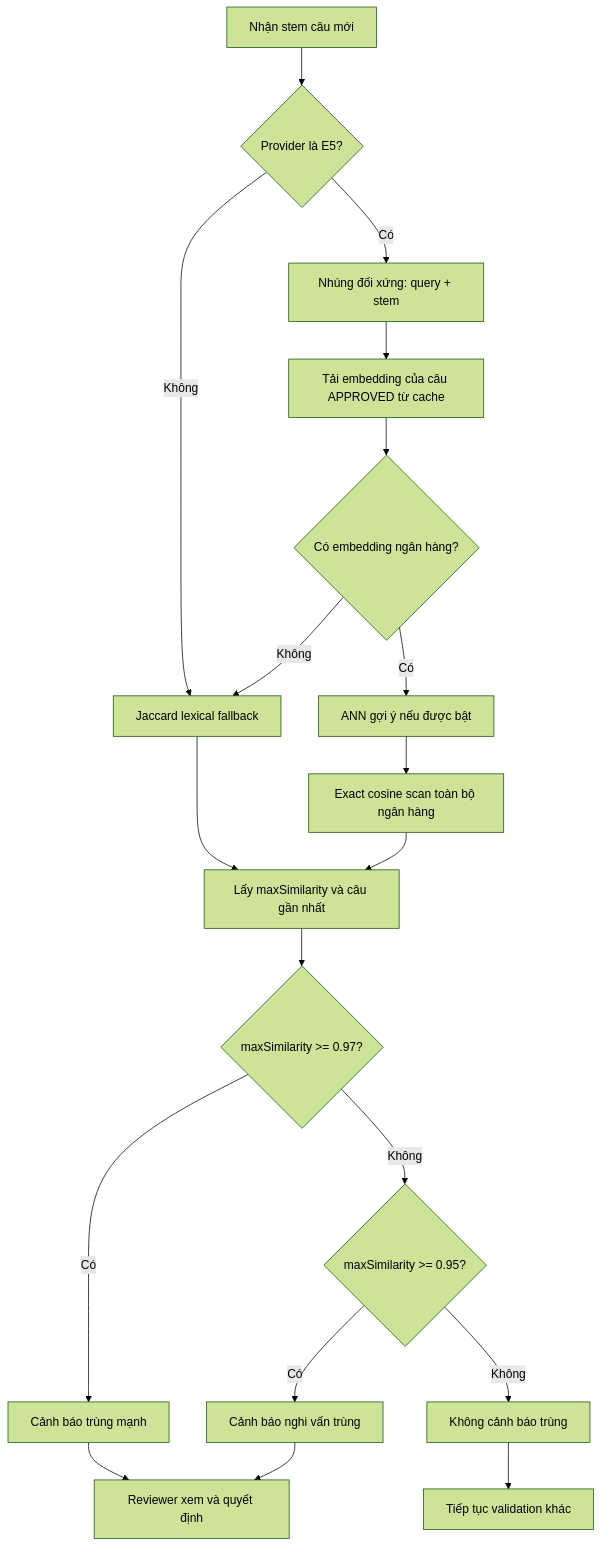
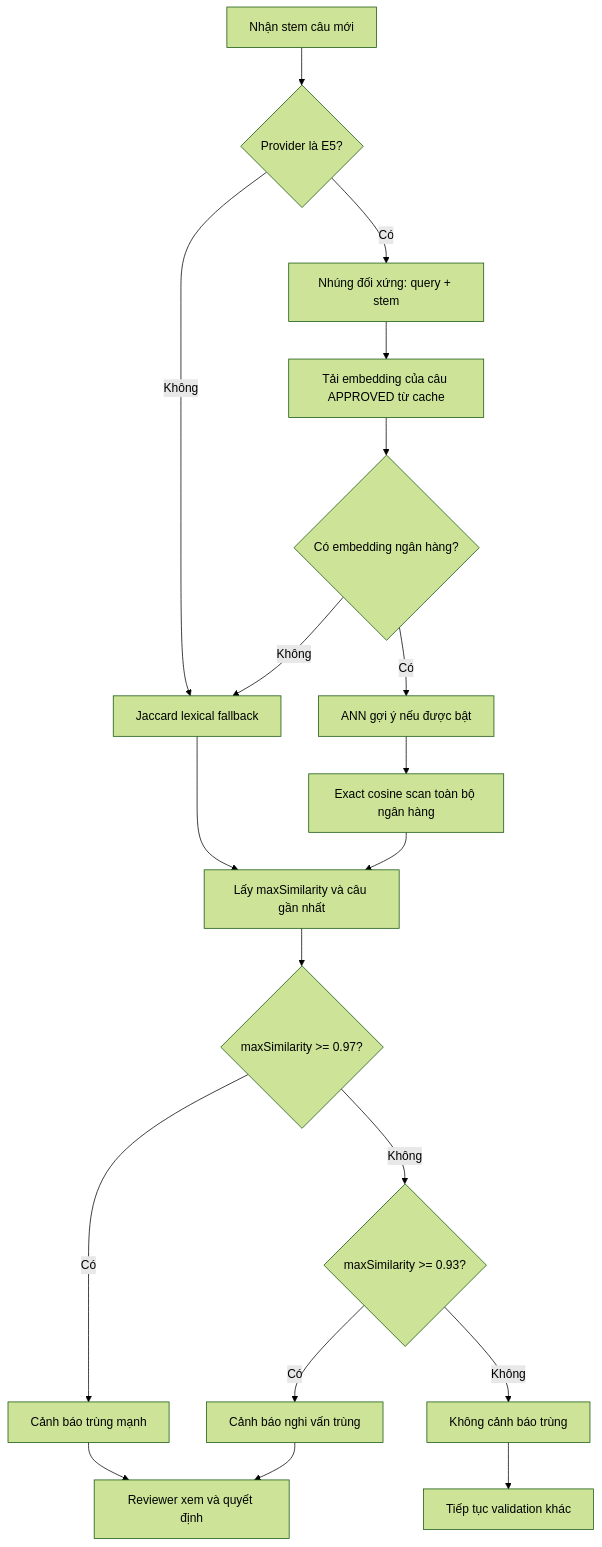
The diagram in docs/ai/semantic-duplicate-detection-vi.md (hieudn2412/carehub), drawn with Mermaid (forest theme) before and after one commit. The commit also changed other lines of this file and 28 other files, not shown here.

````diff
--- a/docs/ai/semantic-duplicate-detection-vi.md
+++ b/docs/ai/semantic-duplicate-detection-vi.md
@@ -155,21 +156,21 @@
 ```mermaid
 flowchart TD
     A[Nhận stem câu mới] --> B{Provider là E5?}
     B -- Không --> L[Jaccard lexical fallback]
     B -- Có --> C[Nhúng đối xứng: query + stem]
     C --> D[Tải embedding của câu APPROVED từ cache]
     D --> E{Có embedding ngân hàng?}
     E -- Không --> L
     E -- Có --> F[ANN gợi ý nếu được bật]
     F --> G[Exact cosine scan toàn bộ ngân hàng]
     G --> H[Lấy maxSimilarity và câu gần nhất]
     L --> H
     H --> I{maxSimilarity >= 0.97?}
     I -- Có --> J[Cảnh báo trùng mạnh]
-    I -- Không --> K{maxSimilarity >= 0.95?}
+    I -- Không --> K{maxSimilarity >= 0.93?}
     K -- Có --> M[Cảnh báo nghi vấn trùng]
     K -- Không --> N[Không cảnh báo trùng]
     J --> R[Reviewer xem và quyết định]
     M --> R
     N --> O[Tiếp tục validation khác]
 ```
````
